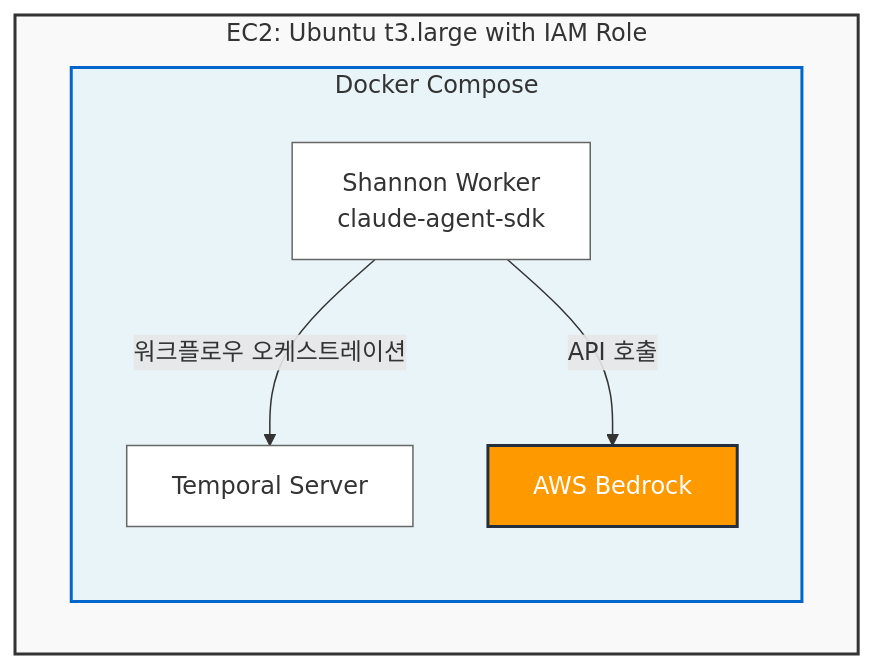
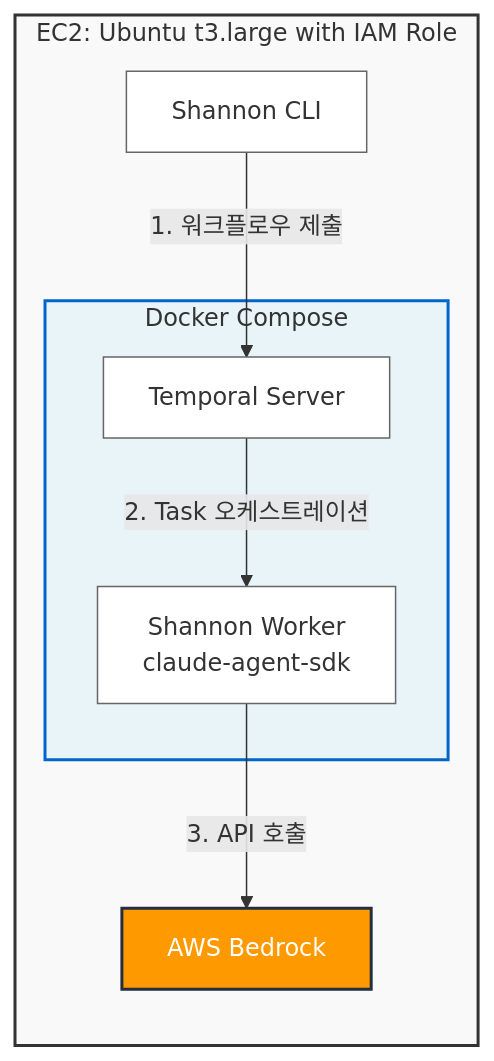
Before and after one commit to Frangke/shannon-bedrock: the diagram in SHANNON_BEDROCK_GUIDE_KR.md, drawn with Mermaid. The commit also changed 1 other file, not shown here.

Commit message:
Fix architecture diagram flow: CLI → Temporal → Worker → Bedrock
- Correct workflow submission flow
- CLI submits workflow to Temporal (not Worker to Temporal)
- Temporal orchestrates Worker (not Worker orchestrates Temporal)
- Add numbered steps (1, 2, 3) for clarity
- Change to horizontal layout (LR) to show sequential flow

````diff
--- a/SHANNON_BEDROCK_GUIDE_KR.md
+++ b/SHANNON_BEDROCK_GUIDE_KR.md
@@ -20,17 +20,22 @@
 ```mermaid
-graph TB
+graph LR
     subgraph EC2[EC2: Ubuntu t3.large with IAM Role]
+        CLI[Shannon CLI]
         subgraph Docker[Docker Compose]
             Temporal[Temporal Server]
             Worker[Shannon Worker<br/>claude-agent-sdk]
-            Worker -->|워크플로우 오케스트레이션| Temporal
-            Worker -->|API 호출| Bedrock[AWS Bedrock]
         end
+        Bedrock[AWS Bedrock]
     end
+
+    CLI -->|1. 워크플로우 제출| Temporal
+    Temporal -->|2. Task 오케스트레이션| Worker
+    Worker -->|3. API 호출| Bedrock
 
     style EC2 fill:#f9f9f9,stroke:#333,stroke-width:2px
     style Docker fill:#e8f4f8,stroke:#0066cc,stroke-width:2px
+    style CLI fill:#fff,stroke:#666,stroke-width:1px
     style Temporal fill:#fff,stroke:#666,stroke-width:1px
     style Worker fill:#fff,stroke:#666,stroke-width:1px
     style Bedrock fill:#ff9900,stroke:#232f3e,stroke-width:2px,color:#fff
 ```
````
